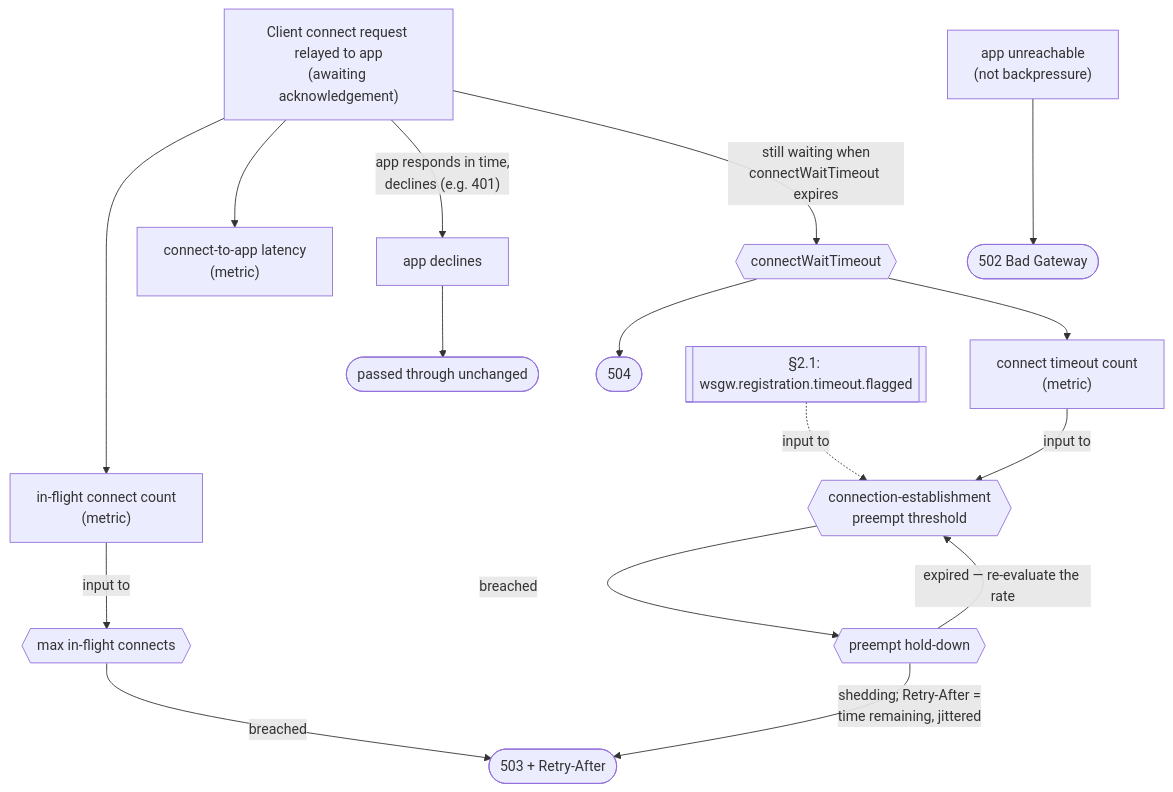
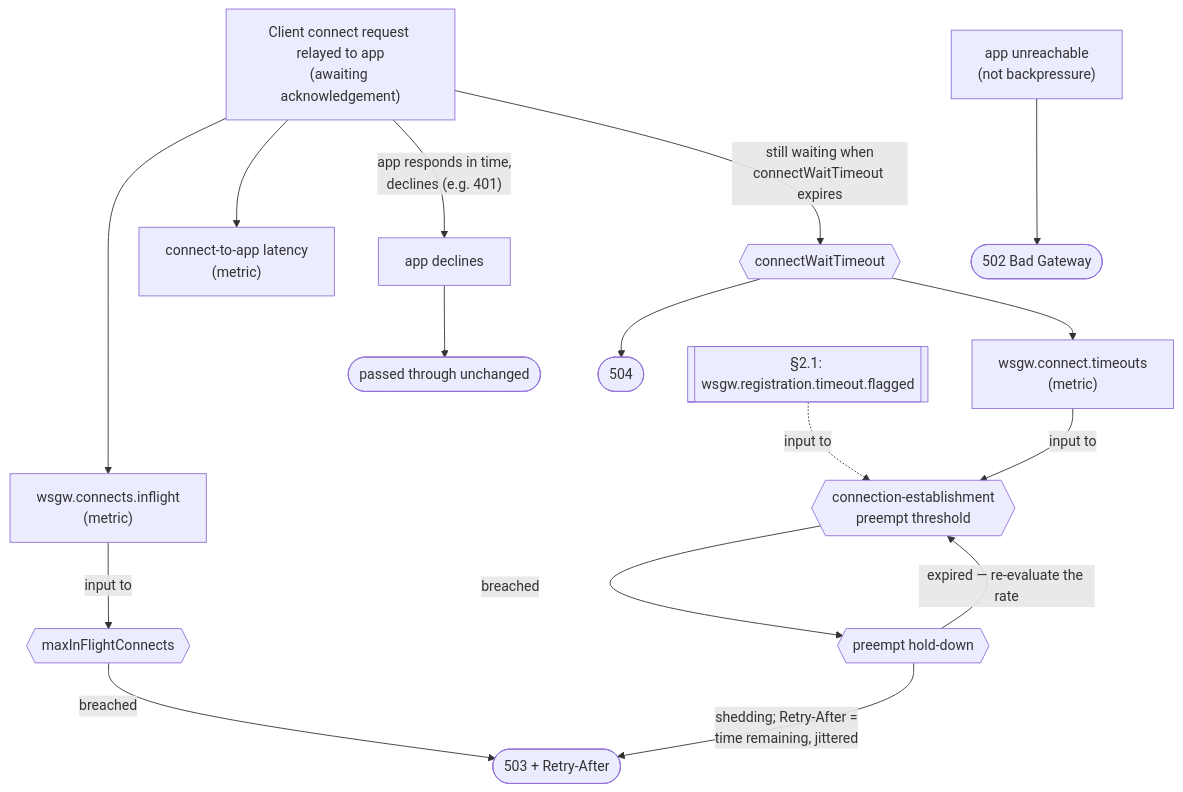
The second of 3 diagrams in docs/backpressure.md (pdkovacs/wsgw-jakarta), drawn with Mermaid before and after one commit. The commit also changed other lines of this file, not shown here.

Commit message:
Congestion control: update doc with connect leg implementation state

````diff
--- a/docs/backpressure.md
+++ b/docs/backpressure.md
@@ -264,22 +266,22 @@
 ```mermaid
 flowchart TD
     C0["Client connect request relayed to app\n(awaiting acknowledgement)"]
-    C0 --> MetricInFlight["in-flight connect count\n(metric)"]
+    C0 --> MetricInFlight["wsgw.connects.inflight\n(metric)"]
     C0 --> MetricLatency["connect-to-app latency\n(metric)"]
     C0 -->|"app responds in time,\ndeclines (e.g. 401)"| AppDeclined["app declines"]
     AppDeclined --> SigPass(["passed through unchanged"])
     C0 -->|"still waiting when\nconnectWaitTimeout expires"| KnobTimeout{{"connectWaitTimeout"}}
     KnobTimeout --> Sig504(["504"])
-    KnobTimeout --> MetricTimeoutCount["connect timeout count\n(metric)"]
+    KnobTimeout --> MetricTimeoutCount["wsgw.connect.timeouts\n(metric)"]
 
-    MetricInFlight -->|"input to"| KnobMaxInFlight{{"max in-flight connects"}}
+    MetricInFlight -->|"input to"| KnobMaxInFlight{{"maxInFlightConnects"}}
     KnobMaxInFlight -->|"breached"| Sig503(["503 + Retry-After"])
 
     MetricTimeoutCount -->|"input to"| KnobPreempt{{"connection-establishment\npreempt threshold"}}
     ExtTerm[["§2.1: wsgw.registration.timeout.flagged"]] -.->|"input to"| KnobPreempt
     KnobPreempt -->|"breached"| KnobHoldDown{{"preempt hold-down"}}
     KnobHoldDown -->|"shedding; Retry-After =\ntime remaining, jittered"| Sig503
     KnobHoldDown -->|"expired — re-evaluate the rate"| KnobPreempt
 
     AppUnreachable["app unreachable\n(not backpressure)"] --> Sig502(["502 Bad Gateway"])
 ```
````
